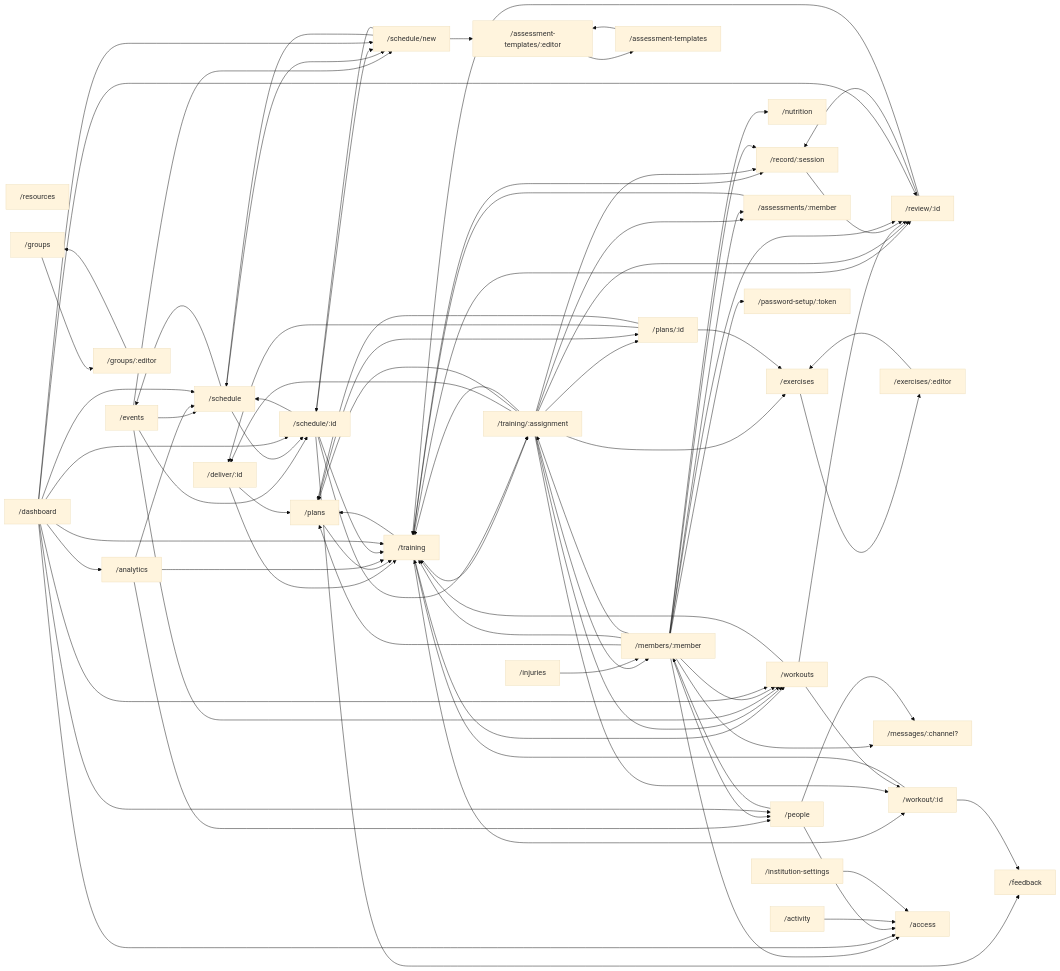
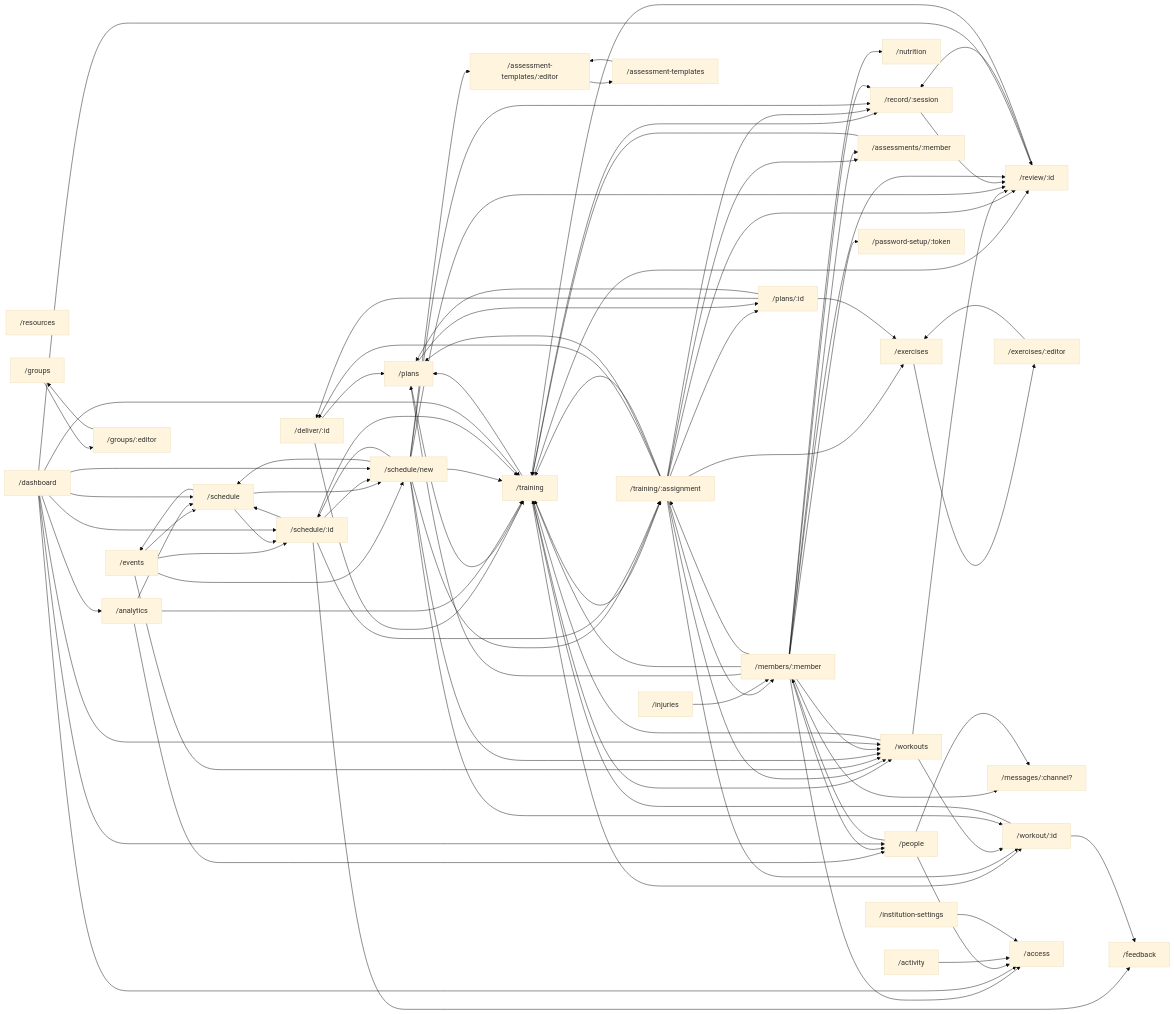
One commit to Rafik-Athlete-Managment/Rafik-OpenSource changed the second of 2 diagrams in docs/reference/frontend/navigation.md. Above: the diagram before and after it, drawn with Mermaid (base theme). The commit also changed other lines of this file and 19 other files, not shown here.

```diff
--- a/docs/reference/frontend/navigation.md
+++ b/docs/reference/frontend/navigation.md
@@ -248,8 +248,14 @@
   r17 --> r19
   r17 --> r18
   r18 --> r23
+  r18 --> r24
+  r18 --> r6
   r18 --> r17
   r18 --> r19
+  r18 --> r2
+  r18 --> r3
+  r18 --> r37
+  r18 --> r5
   r19 --> r9
   r19 --> r17
   r19 --> r18
```
